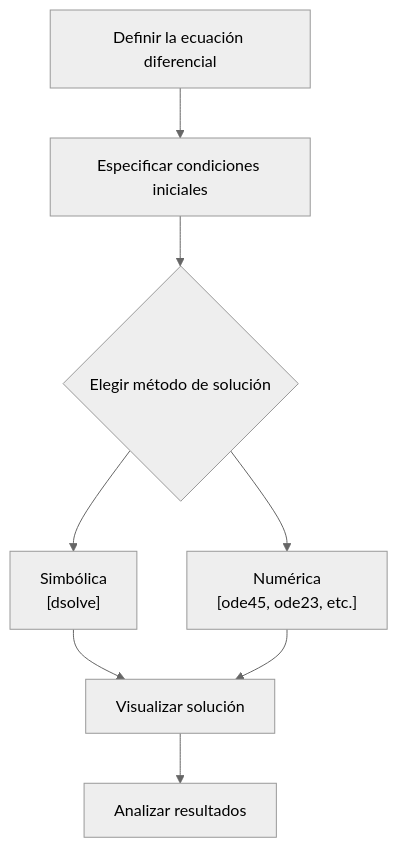
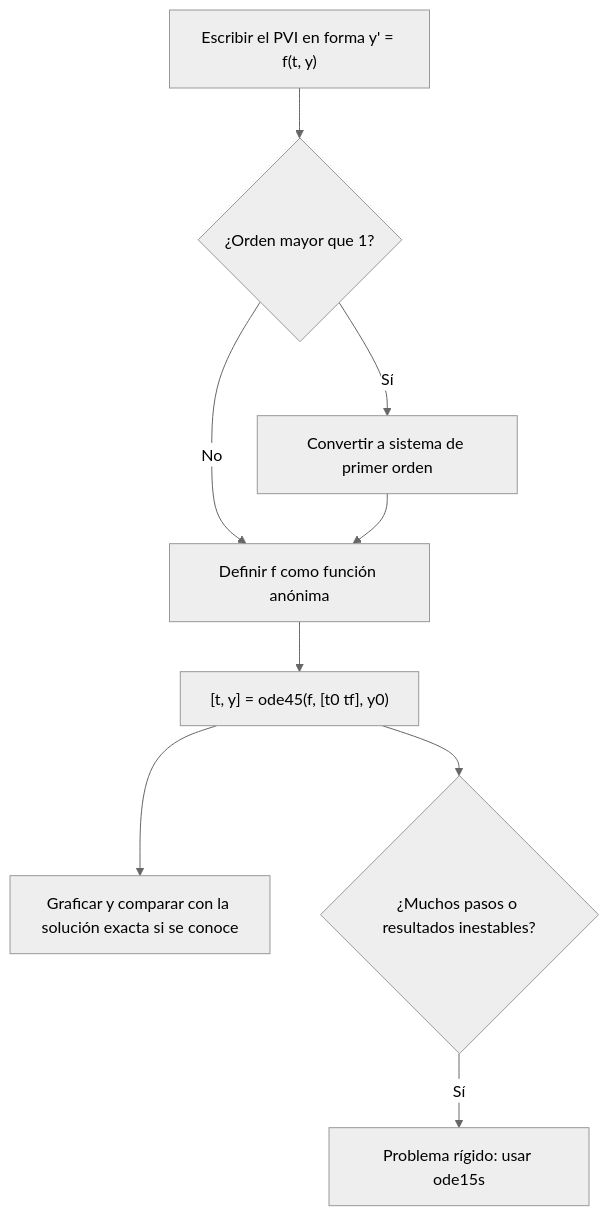
The diagram in public/documents/semester-4/3/4322.md (djaimej/computer-science-template), drawn with Mermaid (neutral theme) before and after one commit. The commit also changed other lines of this file and 2 other files, not shown here.

````diff
--- a/public/documents/semester-4/3/4322.md
+++ b/public/documents/semester-4/3/4322.md
@@ -72,10 +49,11 @@
 ```mermaid
 flowchart TD
-    A[Definir la ecuación diferencial] --> B[Especificar condiciones iniciales]
-    B --> C{Elegir método de solución}
-    C --> D["Simbólica<br>[dsolve]"]
-    C --> E["Numérica<br>[ode45, ode23, etc.]"]
-    D --> F[Visualizar solución]
-    E --> F
-    F --> G[Analizar resultados]
+    A["Escribir el PVI en forma y' = f(t, y)"] --> B{"¿Orden mayor que 1?"}
+    B -->|Sí| C["Convertir a sistema de primer orden"]
+    B -->|No| D["Definir f como función anónima"]
+    C --> D
+    D --> E["[t, y] = ode45(f, [t0 tf], y0)"]
+    E --> F["Graficar y comparar con la solución exacta si se conoce"]
+    E --> G{"¿Muchos pasos o resultados inestables?"}
+    G -->|Sí| H["Problema rígido: usar ode15s"]
 ```
````
